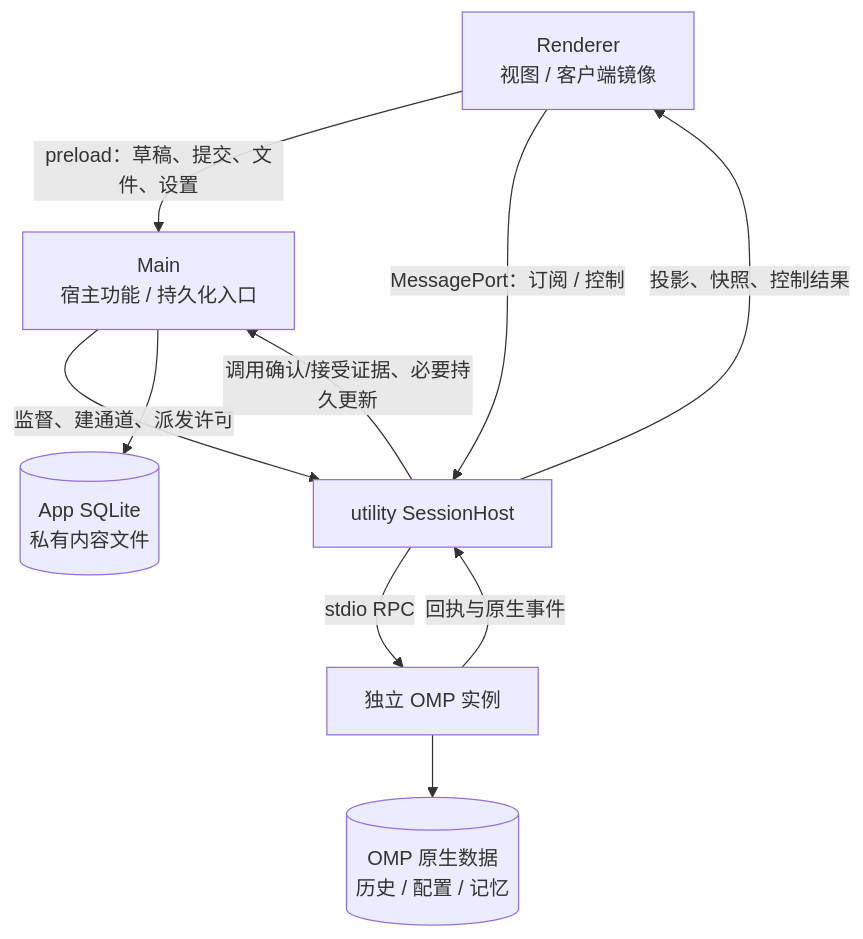
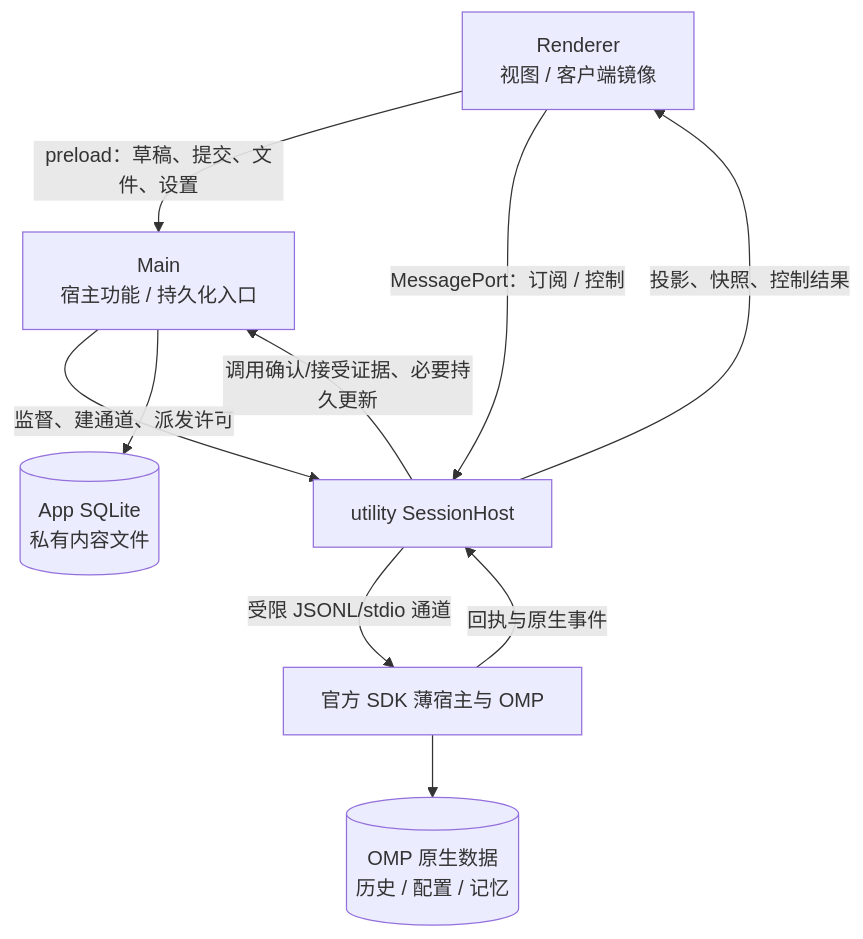
The first of 3 diagrams in docs/architecture/modules/flows.md (LouisGo/d-pi), drawn with Mermaid before and after one commit. The commit also changed other lines of this file and 81 other files, not shown here.

Commit message:
chore: close domain architecture governance

````diff
--- a/docs/architecture/modules/flows.md
+++ b/docs/architecture/modules/flows.md
@@ -7,12 +7,12 @@
 ```mermaid
 flowchart TB
   R["Renderer<br/>视图 / 客户端镜像"] -->|preload：草稿、提交、文件、设置| M["Main<br/>宿主功能 / 持久化入口"]
   M -->|监督、建通道、派发许可| H["utility SessionHost"]
   H -->|调用确认/接受证据、必要持久更新| M
   R -->|MessagePort：订阅 / 控制| H
   H -->|投影、快照、控制结果| R
   M --> S[("App SQLite<br/>私有内容文件")]
-  H -->|stdio RPC| O[独立 OMP 实例]
+  H -->|受限 JSONL/stdio 通道| O[官方 SDK 薄宿主与 OMP]
   O -->|回执与原生事件| H
   O --> N[("OMP 原生数据<br/>历史 / 配置 / 记忆")]
 ```
````
